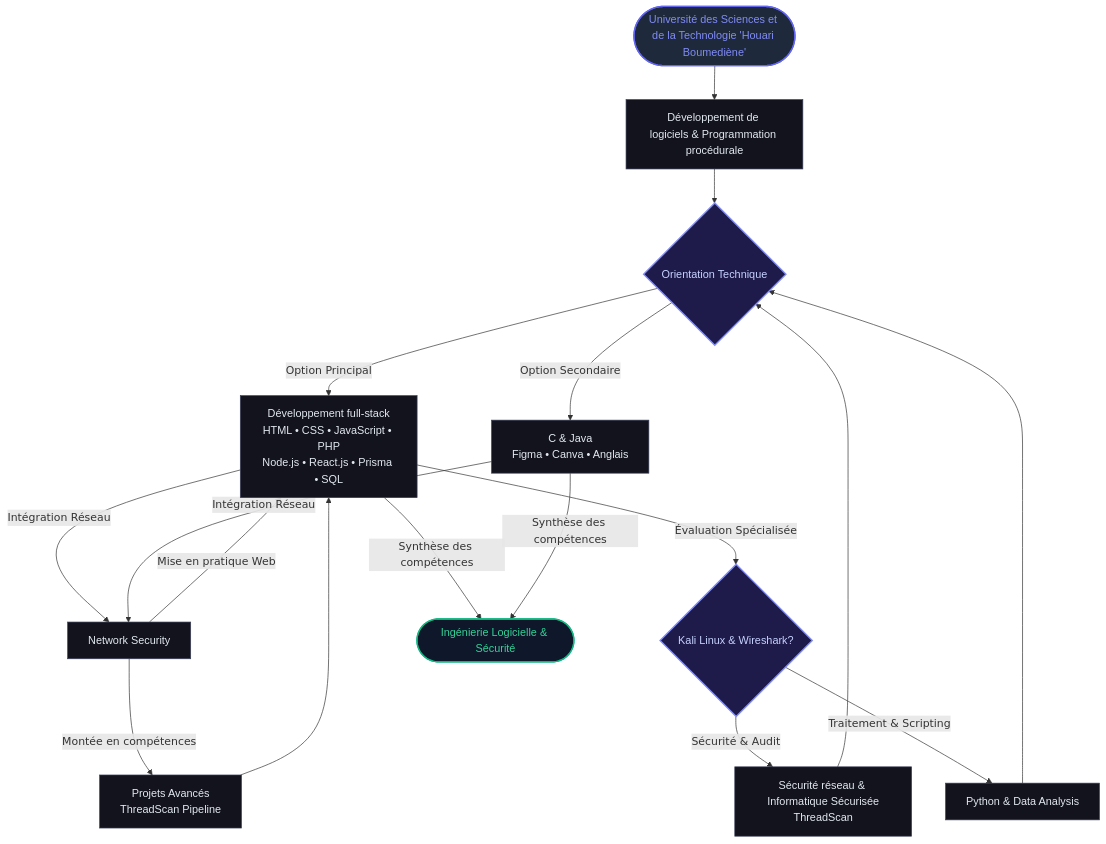
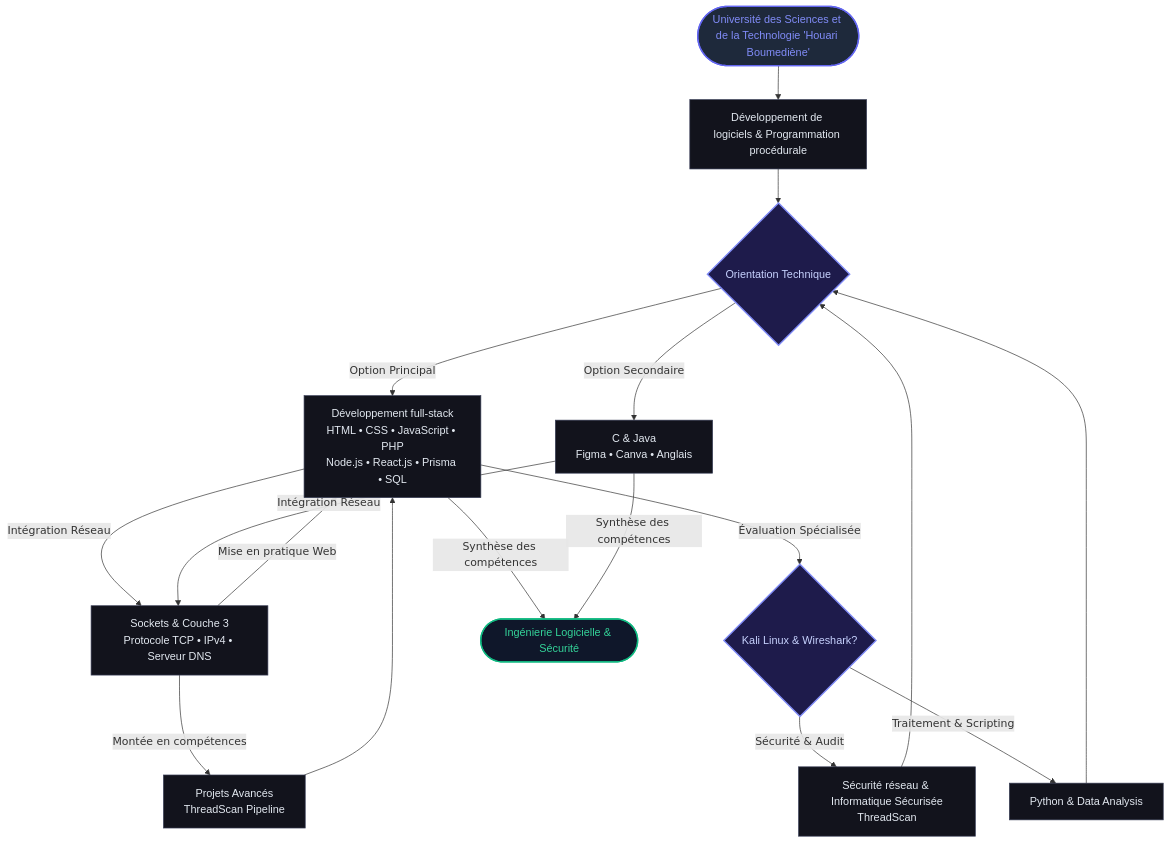
Before and after one commit to KirouaneNermine/KirouaneNermine: the diagram in README.md, drawn with Mermaid. The commit also changed other lines of this file, not shown here.

First line of the commit message:
Revise flowchart and remove workflow pipelines

````diff
--- a/README.md
+++ b/README.md
@@ -16,40 +16,39 @@
 ```mermaid
-
-   flowchart TD
+flowchart TD
     %% Base Theme Styling
     classDef default fill:#12131C,stroke:#3A3F58,stroke-width:1px,color:#E2E8F0,font-family:sans-serif;
     classDef startNode fill:#1E293B,stroke:#6366F1,stroke-width:2px,color:#818CF8;
     classDef diamondNode fill:#1E1B4B,stroke:#818CF8,stroke-width:2px,color:#C7D2FE;
     classDef endNode fill:#0F172A,stroke:#10B981,stroke-width:2px,color:#34D399;
 
     A([Université des Sciences et de la Technologie 'Houari Boumediène']):::startNode --> B[Développement de logiciels & Programmation procédurale]
     
     B --> C{Orientation Technique}:::diamondNode
     
     %% Branch 1: Web & Full-Stack Flow
     C -->|Option Principal| D[Développement full-stack<br/>HTML • CSS • JavaScript • PHP<br/>Node.js • React.js • Prisma • SQL]
     
     %% Branch 2: Core Languages & Design Flow
     C -->|Option Secondaire| E[C & Java<br/>Figma • Canva • Anglais]
 
     %% Low level network & Infrastructure layer
-    D -->|Intégration Réseau| I[Network Security]
+    D -->|Intégration Réseau| I[Sockets & Couche 3<br/>Protocole TCP • IPv4 • Serveur DNS]
     E -->|Intégration Réseau| I
 
     %% Security & Network Analysis Decisions
     D -->|Évaluation Spécialisée| F{Kali Linux & Wireshark?}:::diamondNode
     F -->|Sécurité & Audit| G[Sécurité réseau & Informatique Sécurisée<br/>ThreadScan]
     F -->|Traitement & Scripting| H[Python & Data Analysis]
 
     %% Flow transitions
     I -->|Mise en pratique Web| D
     I -->|Montée en compétences| J[Projets Avancés<br/>ThreadScan Pipeline]
     J --> D
 
     G --> C
     H --> C
 
     %% Final Competency Goal
     D -->|Synthèse des compétences| K([Ingénierie Logicielle & Sécurité]):::endNode
     E -->|Synthèse des compétences| K
 ```
````
